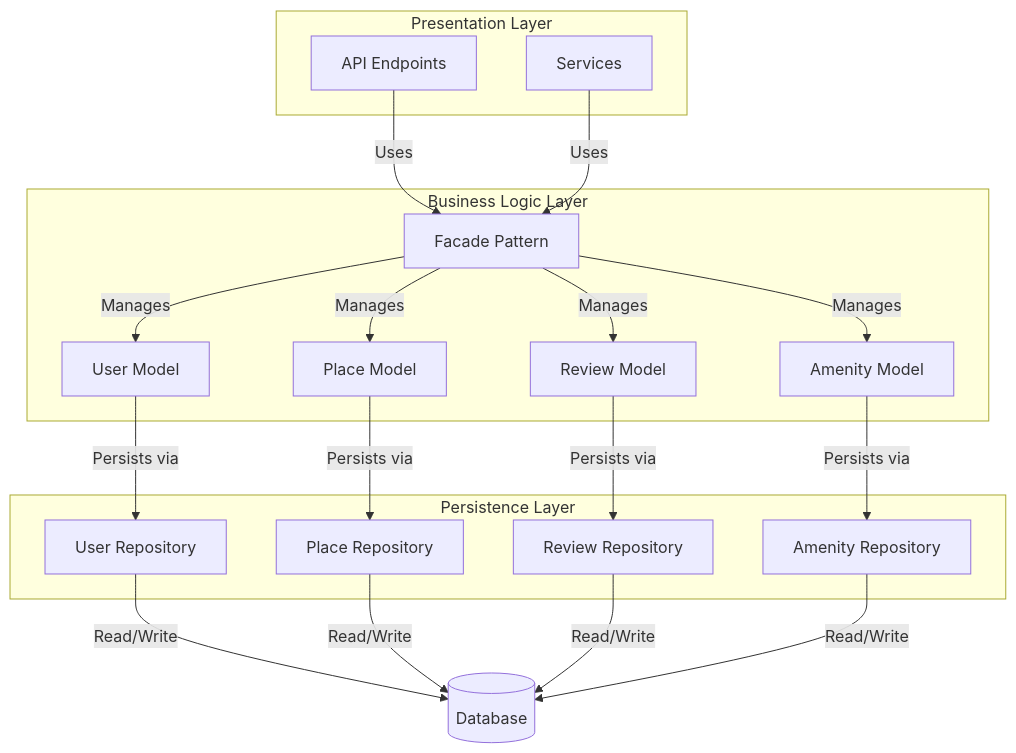
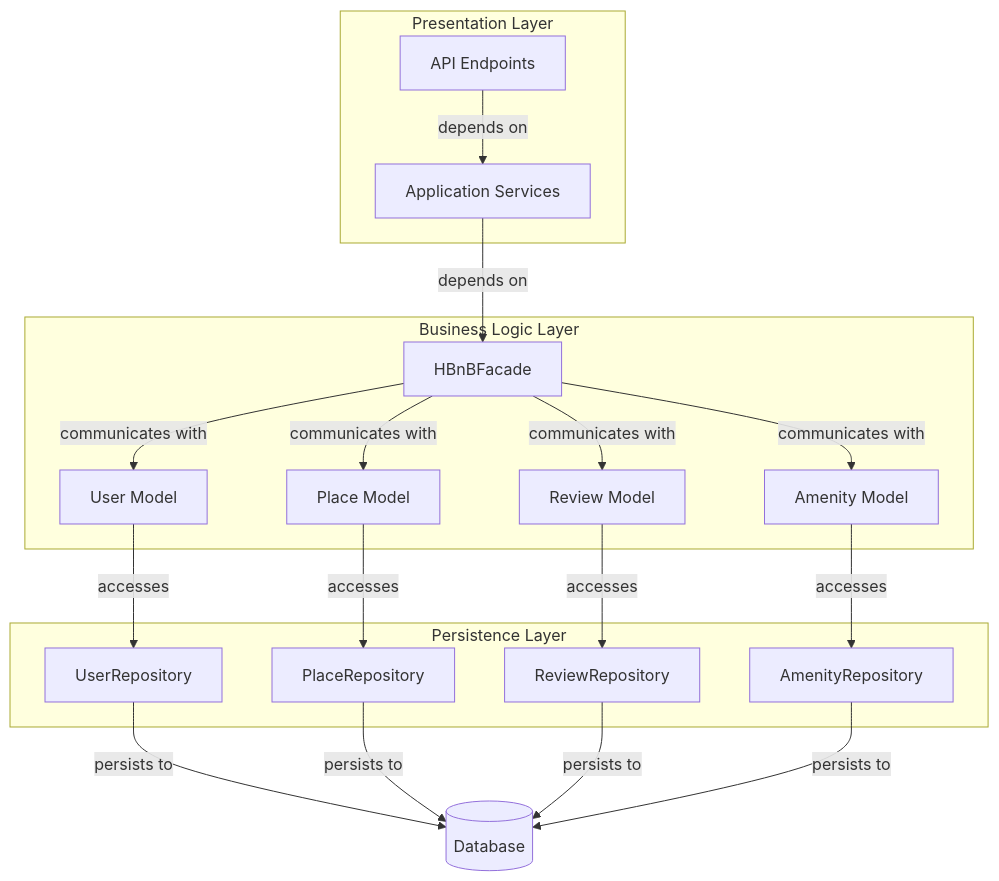
The first of 6 diagrams in part1/README.md (Banu-ie/holbertonschool-hbnb), drawn with Mermaid before and after one commit. The commit also changed other lines of this file, not shown here.

Commit message:
Add README.md file

````diff
--- a/part1/README.md
+++ b/part1/README.md
@@ -48,37 +48,36 @@
 ```mermaid
 flowchart TD
     subgraph Presentation["Presentation Layer"]
         A1[API Endpoints]
-        A2[Services]
+        A1 -->|depends on| A2[Application Services]
     end
 
     subgraph BLL["Business Logic Layer"]
-        F[Facade Pattern]
-        F -->|Manages| B1[User Model]
-        F -->|Manages| B2[Place Model]
-        F -->|Manages| B3[Review Model]
-        F -->|Manages| B4[Amenity Model]
+        F[HBnBFacade]
+        F -->|communicates with| B1[User Model]
+        F -->|communicates with| B2[Place Model]
+        F -->|communicates with| B3[Review Model]
+        F -->|communicates with| B4[Amenity Model]
     end
 
     subgraph Persistence["Persistence Layer"]
-        C1[User Repository]
-        C2[Place Repository]
-        C3[Review Repository]
-        C4[Amenity Repository]
+        C1[UserRepository]
+        C2[PlaceRepository]
+        C3[ReviewRepository]
+        C4[AmenityRepository]
     end
 
     DB[(Database)]
 
-    A1 -->|Uses| F
-    A2 -->|Uses| F
+    A2 -->|depends on| F
 
-    B1 -->|Persists via| C1
-    B2 -->|Persists via| C2
-    B3 -->|Persists via| C3
-    B4 -->|Persists via| C4
+    B1 -->|accesses| C1
+    B2 -->|accesses| C2
+    B3 -->|accesses| C3
+    B4 -->|accesses| C4
 
-    C1 -->|Read/Write| DB
-    C2 -->|Read/Write| DB
-    C3 -->|Read/Write| DB
-    C4 -->|Read/Write| DB
+    C1 -->|persists to| DB
+    C2 -->|persists to| DB
+    C3 -->|persists to| DB
+    C4 -->|persists to| DB
 ```
````
